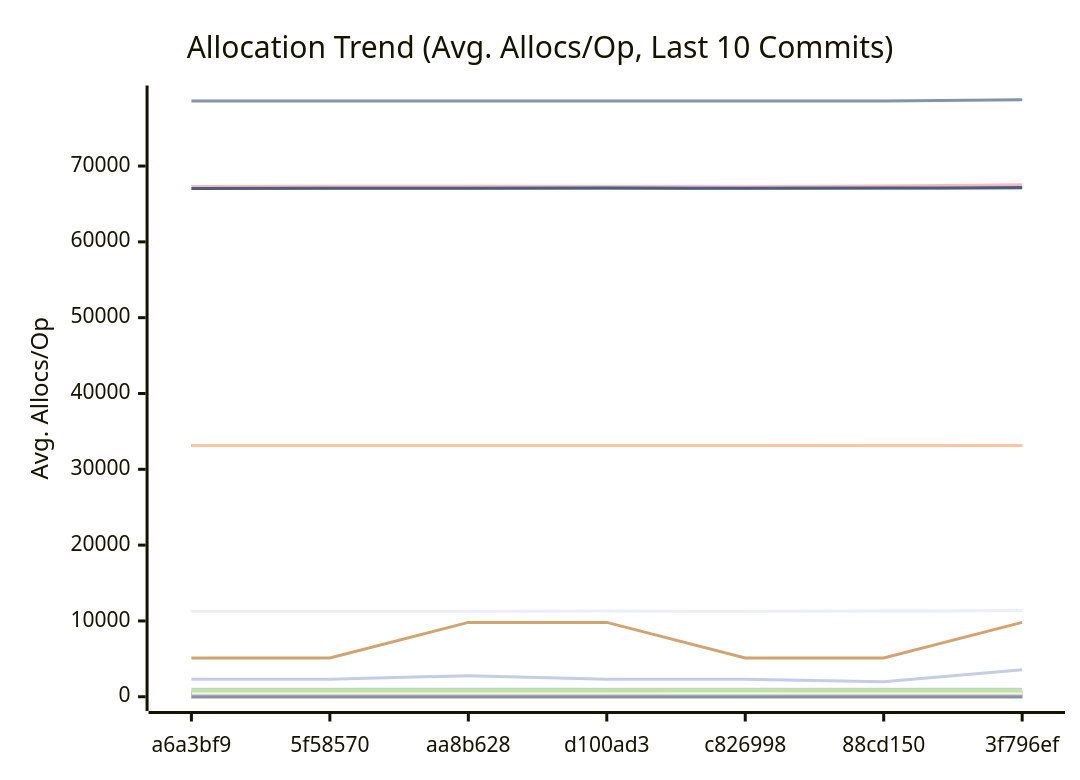
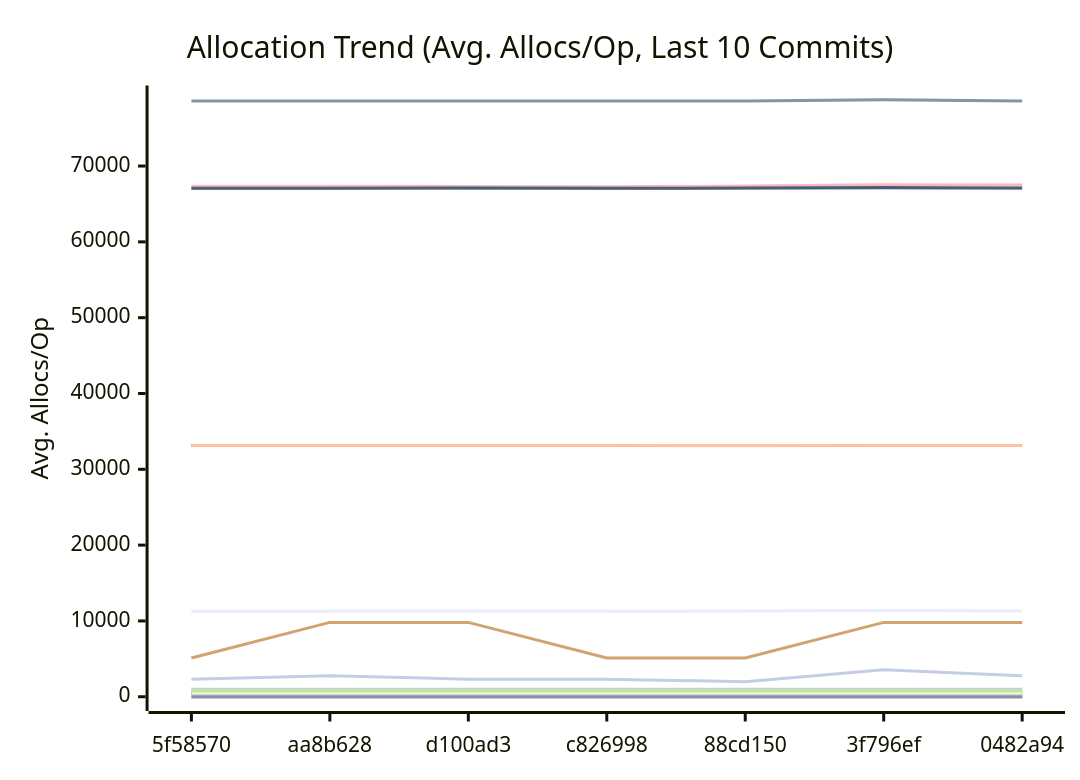
Before and after one commit to alsotoes/momo: the third of 3 diagrams in docs/PERFORMANCE.md, drawn with Mermaid. The commit also changed other lines of this file and 47 other files, not shown here.

````diff
--- a/docs/PERFORMANCE.md
+++ b/docs/PERFORMANCE.md
@@ -347,42 +348,42 @@
 ```mermaid
 xychart-beta
     title "Allocation Trend (Avg. Allocs/Op, Last 10 Commits)"
     x-axis "Commit"
     y-axis "Avg. Allocs/Op"
-    x-axis [a6a3bf9,5f58570,aa8b628,d100ad3,c826998,88cd150,3f796ef]
-    line "AWSChunkedReaderSigned" [11277,11286,11294,11299,11270,11296,11367,11304,11317,11324]
-    line "AWSChunkedReaderUnsigned" [78572,78577,78583,78586,78564,78579,78745,78578,78592,78605]
+    x-axis [5f58570,aa8b628,d100ad3,c826998,88cd150,3f796ef,0482a94]
+    line "AWSChunkedReaderSigned" [11286,11294,11299,11270,11296,11367,11304,11317,11324,11331]
+    line "AWSChunkedReaderUnsigned" [78577,78583,78586,78564,78579,78745,78578,78592,78605,78609]
     line "CheckMetricsAndSwap" [0,0,0,0,0,0,0,0,0,0]
     line "CrushOptimized" [0,0,0,0,0,0,0,0,0,0]
     line "CrushOriginal" [3,3,3,3,3,3,3,3,3,3]
     line "FormatListObjectsV2XML_AppendFormat" [16,16,16,16,16,16,16,16,16,16]
     line "FormatListObjectsV2XML_OldFormat" [1000,1000,1000,1000,1000,1000,1000,1000,1000,1000]
     line "HashBytes/1MiB" [64,64,64,64,64,64,64,64,64,64]
     line "HashBytes/256MiB" [64,64,64,64,64,64,64,64,64,64]
     line "HashBytes/64MiB" [64,64,64,64,64,64,64,64,64,64]
-    line "HashFile/1MiB" [33128,33128,33128,33128,33128,33112,33128,33128,33128,33128]
+    line "HashFile/1MiB" [33128,33128,33128,33128,33112,33128,33128,33128,33128,33128]
     line "HashFile/256MiB" [33128,33128,33128,33128,33128,33128,33128,33128,33128,33128]
     line "HashFile/64MiB" [33128,33128,33128,33128,33128,33128,33128,33128,33128,33128]
     line "IndexDirectTracking" [0,0,0,0,0,0,0,0,0,0]
     line "IndexSearch" [0,0,0,0,0,0,0,0,0,0]
     line "LoadGlobalConfig" [58,58,58,58,58,58,58,58,58,58]
-    line "LocalWrite/1MiB" [67030,67032,67032,67030,67028,67031,67037,67034,67030,67036]
-    line "LocalWrite/256MiB" [67292,67348,67326,67317,67268,67358,67518,67492,67349,67409]
-    line "LocalWrite/64MiB" [67046,67073,67085,67097,67071,67089,67157,67097,67104,67086]
+    line "LocalWrite/1MiB" [67032,67032,67030,67028,67031,67037,67034,67030,67036,67036]
+    line "LocalWrite/256MiB" [67348,67326,67317,67268,67358,67518,67492,67349,67409,67379]
+    line "LocalWrite/64MiB" [67073,67085,67097,67071,67089,67157,67097,67104,67086,67092]
     line "PadString" [1,1,1,1,1,1,1,1,1,1]
     line "ParseReplicationOrder_NoPrealloc" [6,6,6,6,6,5,5,5,5,5]
     line "ParseReplicationOrder_Prealloc" [2,2,2,2,2,1,1,1,1,1]
     line "Placement" [6,6,6,6,6,6,6,6,6,6]
     line "PlacementDomainSpread" [6,6,6,6,6,6,6,6,6,6]
-    line "ReadVerify/1MiB" [435,464,436,459,457,458,483,437,469,466]
-    line "ReadVerify/256MiB" [5120,5120,9808,9808,5120,5120,9808,9808,9808,9808]
-    line "ReadVerify/64MiB" [2307,2307,2776,2307,2307,1994,3557,2776,2776,2776]
-    line "S3PutSpool/1MiB" [447,447,447,447,447,448,448,447,447,448]
+    line "ReadVerify/1MiB" [464,436,459,457,458,483,437,469,466,470]
+    line "ReadVerify/256MiB" [5120,9808,9808,5120,5120,9808,9808,9808,9808,5120]
+    line "ReadVerify/64MiB" [2307,2776,2307,2307,1994,3557,2776,2776,2776,2307]
+    line "S3PutSpool/1MiB" [447,447,447,447,448,448,447,447,448,447]
     line "S3PutSpool/256MiB" [448,448,448,448,448,448,448,448,448,448]
     line "S3PutSpool/64MiB" [448,448,448,448,448,448,448,448,448,448]
     line "SanitizeLog/Safe" [0,0,0,0,0,0,0,0,0,0]
     line "SanitizeLog/Unsafe" [1,1,1,1,1,1,1,1,1,1]
-    line "TrustedRead/1MiB" [800,800,800,800,825,800,800,800,800,800]
+    line "TrustedRead/1MiB" [800,800,800,825,800,800,800,800,800,800]
     line "TrustedRead/256MiB" [800,800,800,800,800,800,800,800,800,800]
     line "TrustedRead/64MiB" [800,800,800,800,800,800,800,800,800,800]
 ```
````
